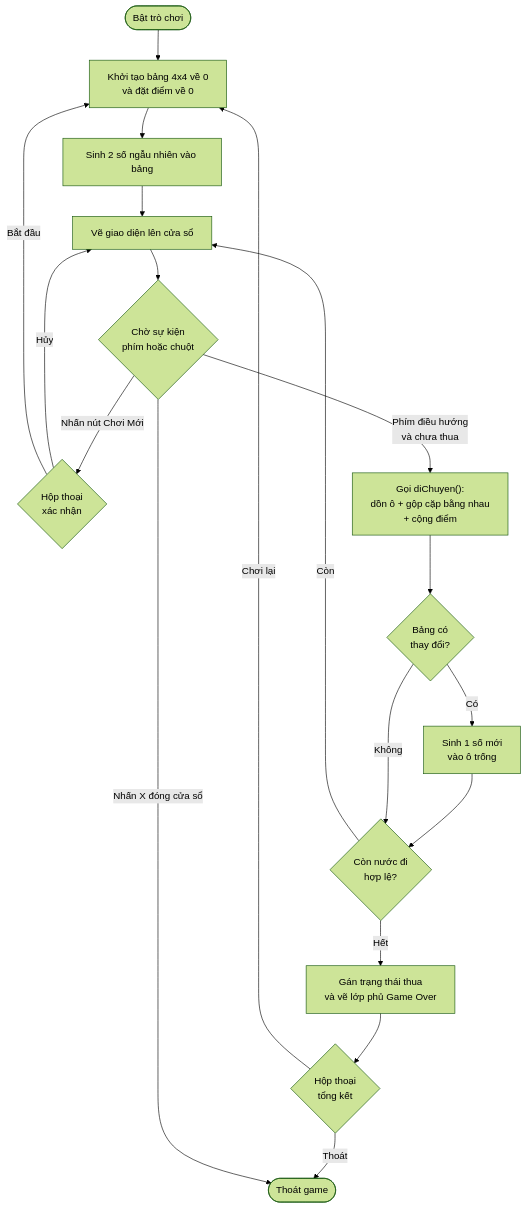
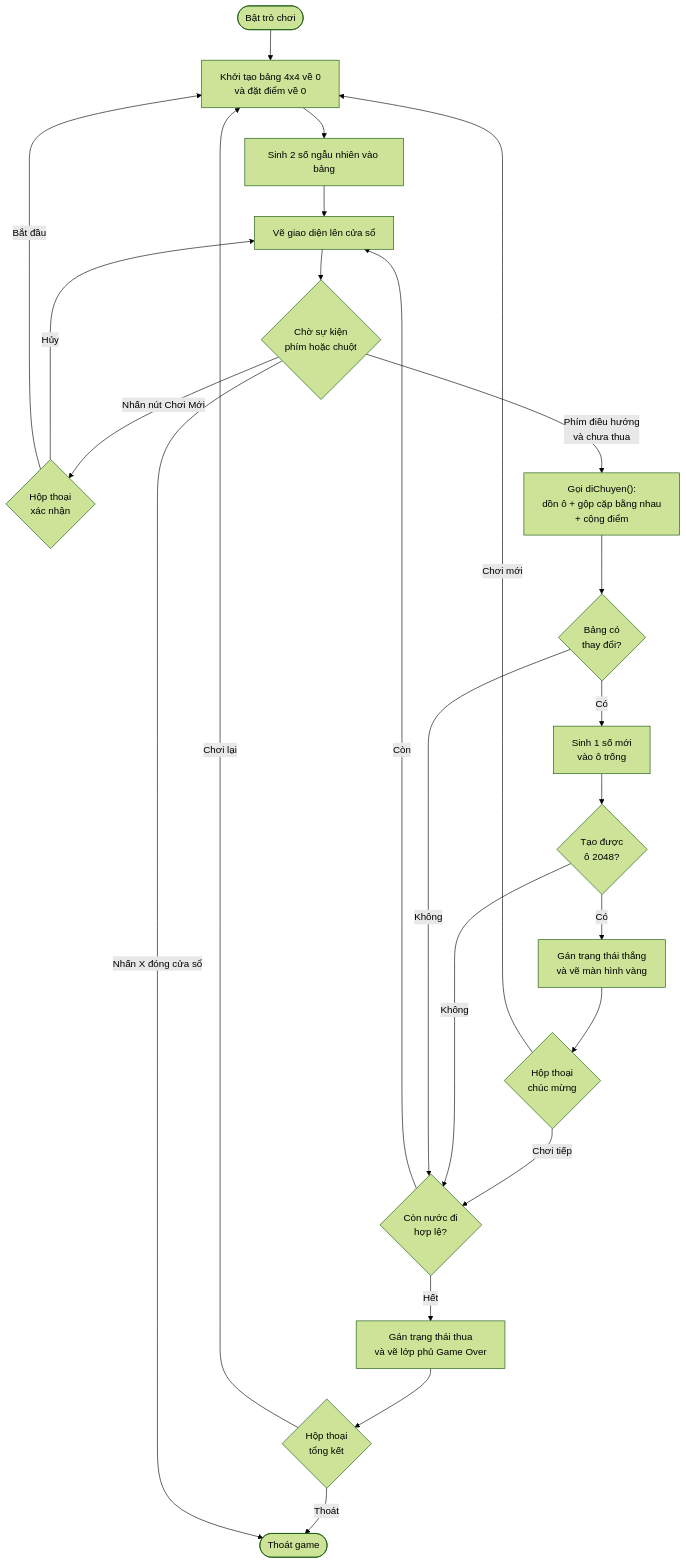
Before and after one commit to MinhThang1009/game-2048: the diagram in README.md, drawn with Mermaid (forest theme). The commit also changed other lines of this file and 4 other files, not shown here.

Commit message:
Tính năng: Thêm hộp thoại win 2048, sửa lỗi font, cập nhật luồng xử lý ở README

````diff
--- a/README.md
+++ b/README.md
@@ -56,24 +58,29 @@
 ```mermaid
 flowchart TD
     A([Bật trò chơi]) --> N[Khởi tạo bảng 4x4 về 0\nvà đặt điểm về 0]
     N --> B[Sinh 2 số ngẫu nhiên vào bảng]
     B --> H[Vẽ giao diện lên cửa sổ]
     H --> C{Chờ sự kiện\nphím hoặc chuột}
 
     C -- Nhấn nút Chơi Mới --> P{Hộp thoại\nxác nhận}
     P -- Hủy --> H
     P -- Bắt đầu --> N
 
     C -- Phím điều hướng\nvà chưa thua --> D["Gọi diChuyen():\ndồn ô + gộp cặp bằng nhau\n+ cộng điểm"]
     D --> I{Bảng có\nthay đổi?}
     I -- Có --> J[Sinh 1 số mới\nvào ô trống]
-    J --> K{Còn nước đi\nhợp lệ?}
+    J --> W{Tạo được\nô 2048?}
+    W -- Có --> W1["Gán trạng thái thắng\nvà vẽ màn hình vàng"]
+    W1 --> W2{Hộp thoại\nchúc mừng}
+    W2 -- Chơi tiếp --> K
+    W2 -- Chơi mới --> N
+    W -- Không --> K{Còn nước đi\nhợp lệ?}
     I -- Không --> K
     K -- Còn --> H
     K -- Hết --> L["Gán trạng thái thua\nvà vẽ lớp phủ Game Over"]
     L --> M{Hộp thoại\ntổng kết}
     M -- Chơi lại --> N
     M -- Thoát --> O([Thoát game])
 
     C -- Nhấn X đóng cửa sổ --> O
 ```
````
